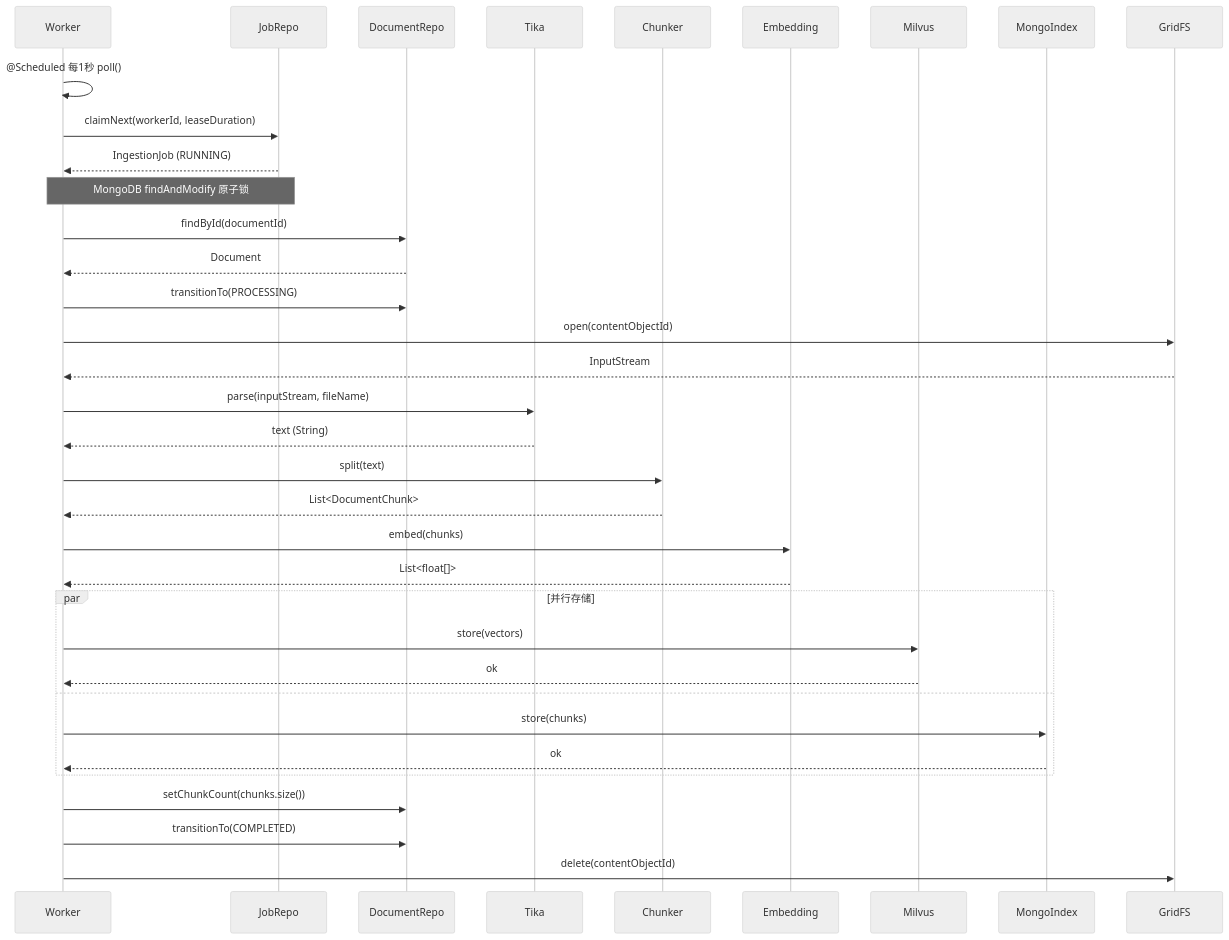
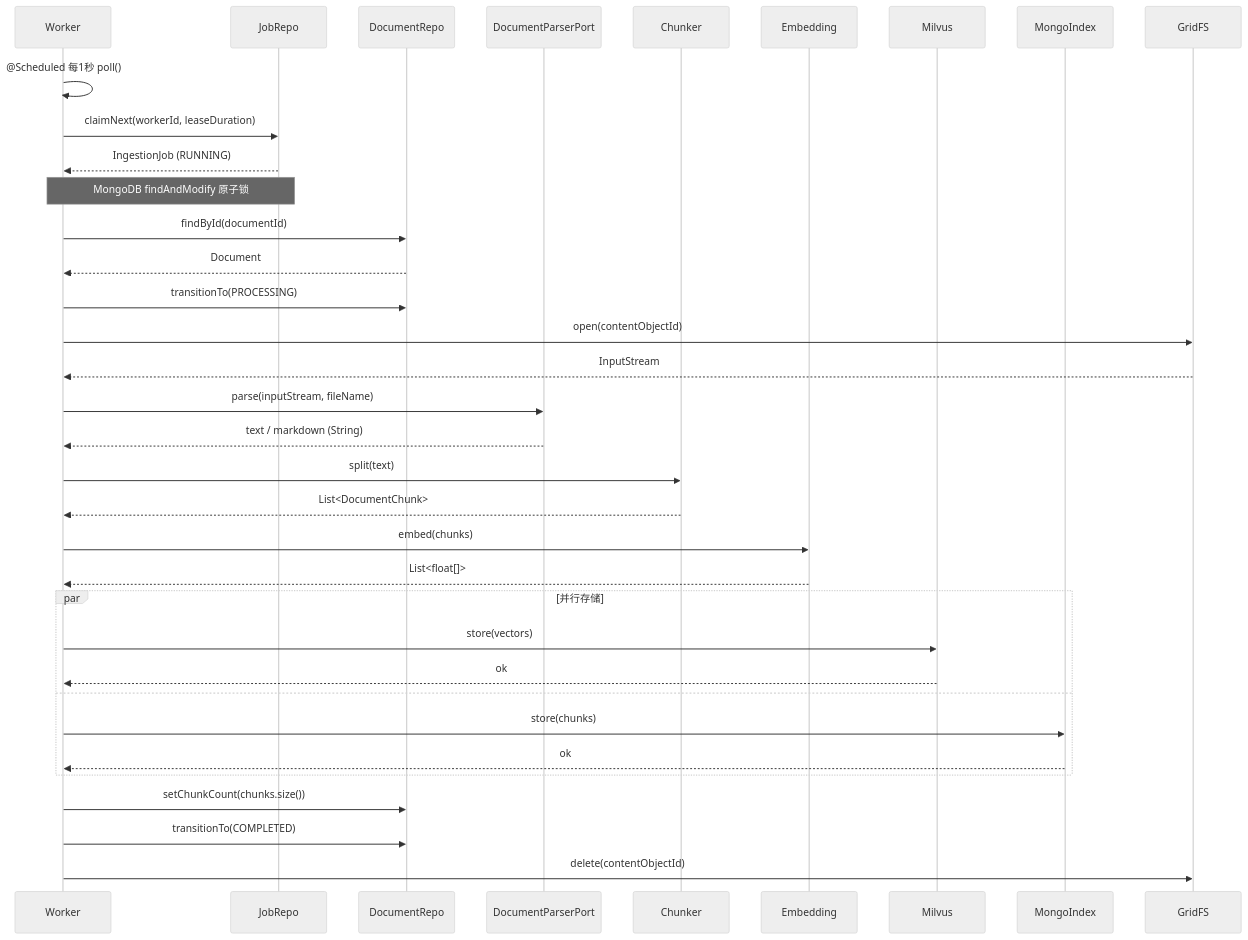
One commit to deapote/synapse changed the second of 3 diagrams in docs/ingestion/flow.mdx. Above: the diagram before and after it, drawn with Mermaid (neutral theme). The commit also changed other lines of this file and 22 other files, not shown here.

````diff
--- a/docs/ingestion/flow.mdx
+++ b/docs/ingestion/flow.mdx
@@ -51,46 +51,46 @@
 ```mermaid
 sequenceDiagram
     participant Worker
     participant JobRepo
     participant DocumentRepo
-    participant Tika
+    participant Parser as DocumentParserPort
     participant Chunker
     participant Embedding
     participant Milvus
     participant MongoIndex
 
     Worker->>Worker: @Scheduled 每1秒 poll()
     Worker->>JobRepo: claimNext(workerId, leaseDuration)
     JobRepo-->>Worker: IngestionJob (RUNNING)
     Note over Worker,JobRepo: MongoDB findAndModify 原子锁
 
     Worker->>DocumentRepo: findById(documentId)
     DocumentRepo-->>Worker: Document
 
     Worker->>DocumentRepo: transitionTo(PROCESSING)
 
     Worker->>GridFS: open(contentObjectId)
     GridFS-->>Worker: InputStream
 
-    Worker->>Tika: parse(inputStream, fileName)
-    Tika-->>Worker: text (String)
+    Worker->>Parser: parse(inputStream, fileName)
+    Parser-->>Worker: text / markdown (String)
 
     Worker->>Chunker: split(text)
     Chunker-->>Worker: List<DocumentChunk>
 
     Worker->>Embedding: embed(chunks)
     Embedding-->>Worker: List<float[]>
 
     par 并行存储
         Worker->>Milvus: store(vectors)
         Milvus-->>Worker: ok
     and
         Worker->>MongoIndex: store(chunks)
         MongoIndex-->>Worker: ok
     end
 
     Worker->>DocumentRepo: setChunkCount(chunks.size())
     Worker->>DocumentRepo: transitionTo(COMPLETED)
 
     Worker->>GridFS: delete(contentObjectId)
 ```
````
